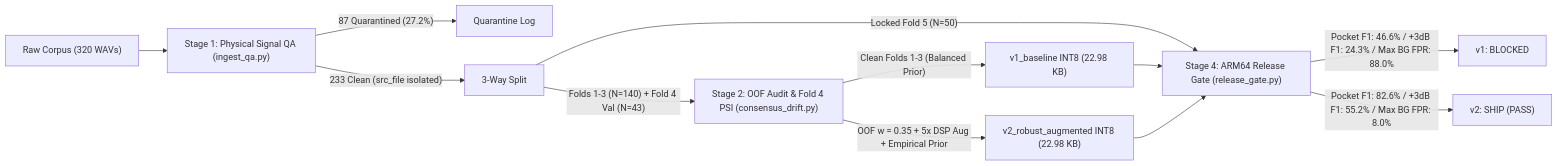
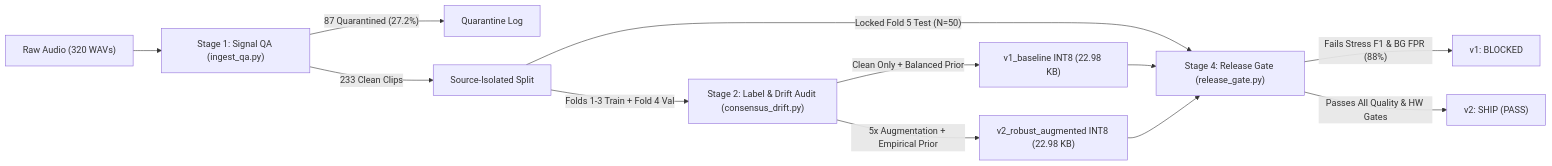
Before and after one commit to coryjacoblewis/pixelsense-lite: the first of 2 diagrams in README.md, drawn with Mermaid. The commit also changed other lines of this file, not shown here.

Commit message:
docs: overhaul README to improve architectural documentation and pipeline reporting visibility

````diff
--- a/README.md
+++ b/README.md
@@ -19,14 +41,14 @@
 ```mermaid
 flowchart LR
-    A["Raw Corpus (320 WAVs)"] --> B["Stage 1: Physical Signal QA (ingest_qa.py)"]
+    A["Raw Audio (320 WAVs)"] --> B["Stage 1: Signal QA (ingest_qa.py)"]
     B -->|"87 Quarantined (27.2%)"| Q["Quarantine Log"]
-    B -->|"233 Clean (src_file isolated)"| S["3-Way Split"]
-    S -->|"Folds 1-3 (N=140) + Fold 4 Val (N=43)"| C["Stage 2: OOF Audit & Fold 4 PSI (consensus_drift.py)"]
-    C -->|"Clean Folds 1-3 (Balanced Prior)"| V1["v1_baseline INT8 (22.98 KB)"]
-    C -->|"OOF w = 0.35 + 5x DSP Aug + Empirical Prior"| V2["v2_robust_augmented INT8 (22.98 KB)"]
-    S -->|"Locked Fold 5 (N=50)"| G["Stage 4: ARM64 Release Gate (release_gate.py)"]
+    B -->|"233 Clean Clips"| S["Source-Isolated Split"]
+    S -->|"Folds 1-3 Train + Fold 4 Val"| C["Stage 2: Label & Drift Audit (consensus_drift.py)"]
+    C -->|"Clean Only + Balanced Prior"| V1["v1_baseline INT8 (22.98 KB)"]
+    C -->|"5x Augmentation + Empirical Prior"| V2["v2_robust_augmented INT8 (22.98 KB)"]
+    S -->|"Locked Fold 5 Test (N=50)"| G["Stage 4: Release Gate (release_gate.py)"]
     V1 --> G
     V2 --> G
-    G -->|"Pocket F1: 46.6% / +3dB F1: 24.3% / Max BG FPR: 88.0%"| R1["v1: BLOCKED"]
-    G -->|"Pocket F1: 82.6% / +3dB F1: 55.2% / Max BG FPR: 8.0%"| R2["v2: SHIP (PASS)"]
+    G -->|"Fails Stress F1 & BG FPR (88%)"| R1["v1: BLOCKED"]
+    G -->|"Passes All Quality & HW Gates"| R2["v2: SHIP (PASS)"]
 ```
````
